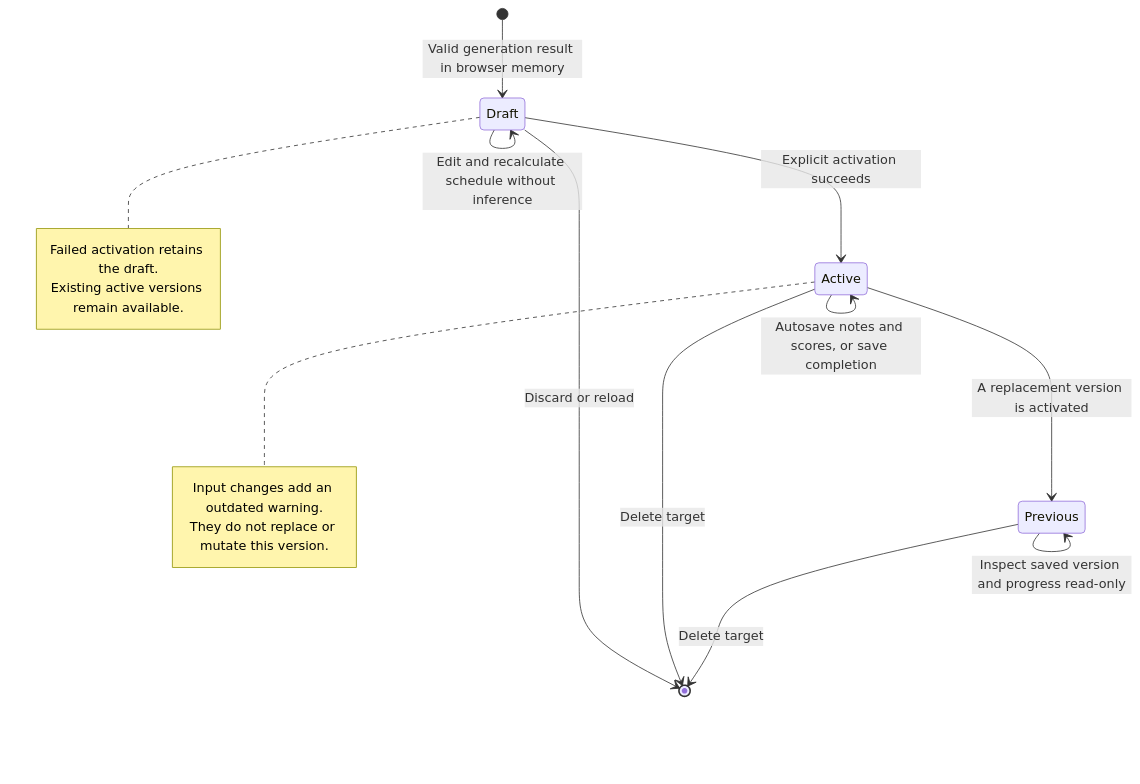
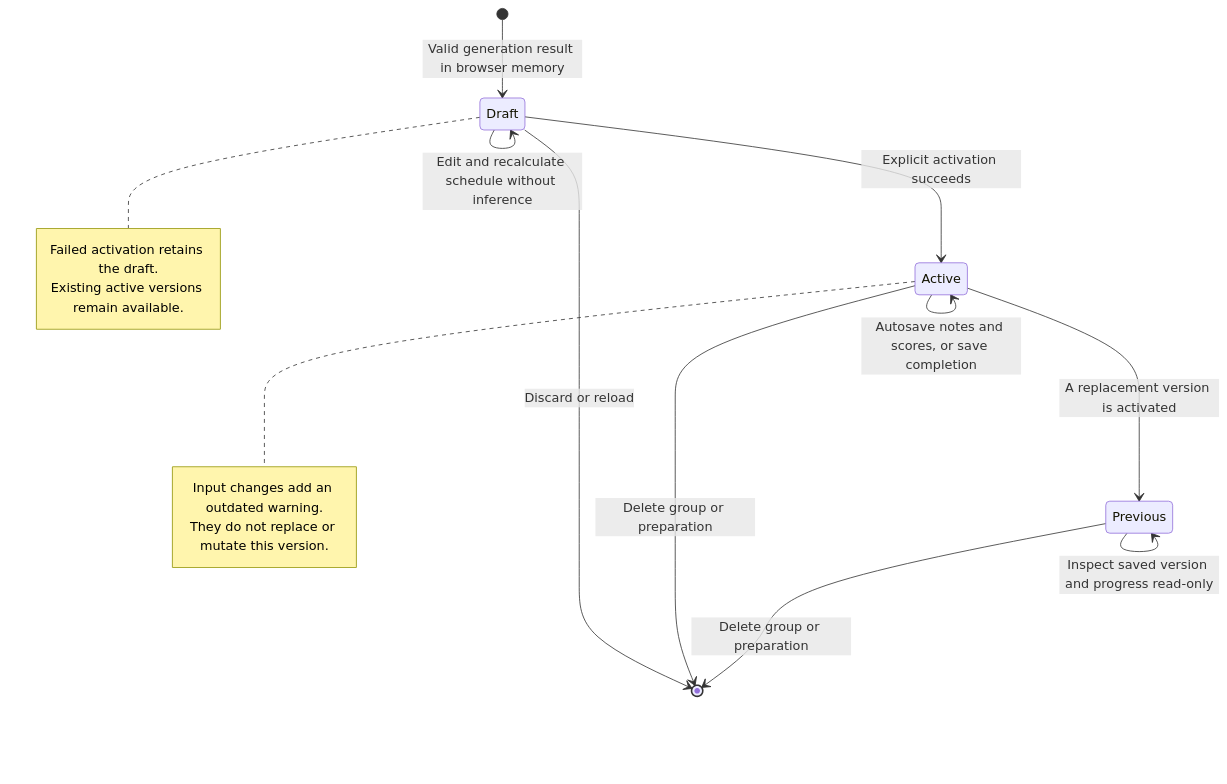
The second of 2 diagrams in docs/architecture/preparation-lifecycle.md (horadam/fieldwork), drawn with Mermaid before and after one commit. The commit also changed other lines of this file and 18 other files, not shown here.

First line of the commit message:
Simplify preparation and model-key flows

````diff
--- a/docs/architecture/preparation-lifecycle.md
+++ b/docs/architecture/preparation-lifecycle.md
@@ -48,20 +50,20 @@
 ```mermaid
 stateDiagram-v2
   [*] --> Draft: Valid generation result in browser memory
   Draft --> Draft: Edit and recalculate schedule without inference
   Draft --> Active: Explicit activation succeeds
   Draft --> [*]: Discard or reload
   Active --> Active: Autosave notes and scores, or save completion
   Active --> Previous: A replacement version is activated
   Previous --> Previous: Inspect saved version and progress read-only
-  Active --> [*]: Delete target
-  Previous --> [*]: Delete target
+  Active --> [*]: Delete group or preparation
+  Previous --> [*]: Delete group or preparation
   note right of Draft
     Failed activation retains the draft.
     Existing active versions remain available.
   end note
   note right of Active
     Input changes add an outdated warning.
     They do not replace or mutate this version.
   end note
 ```
````
